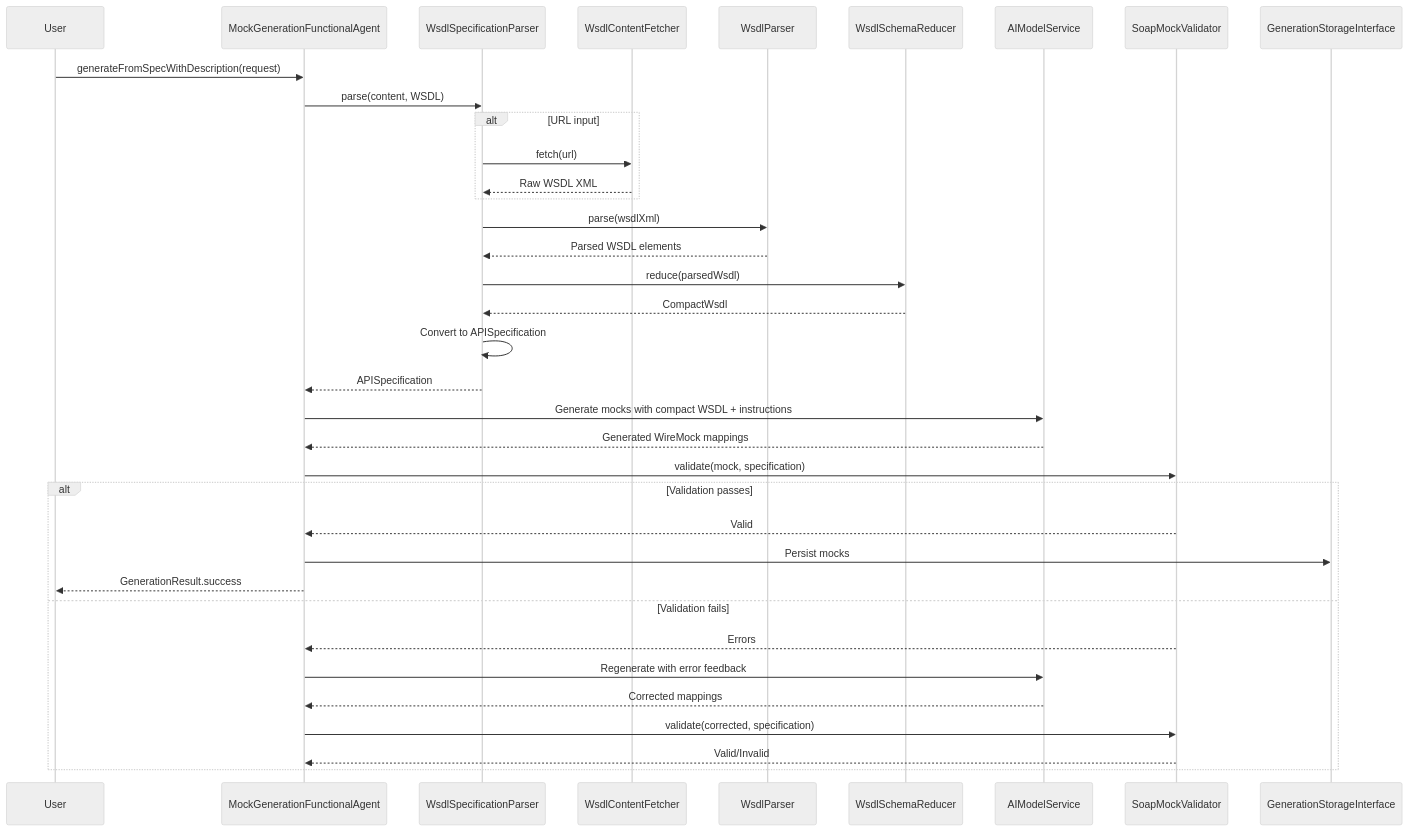
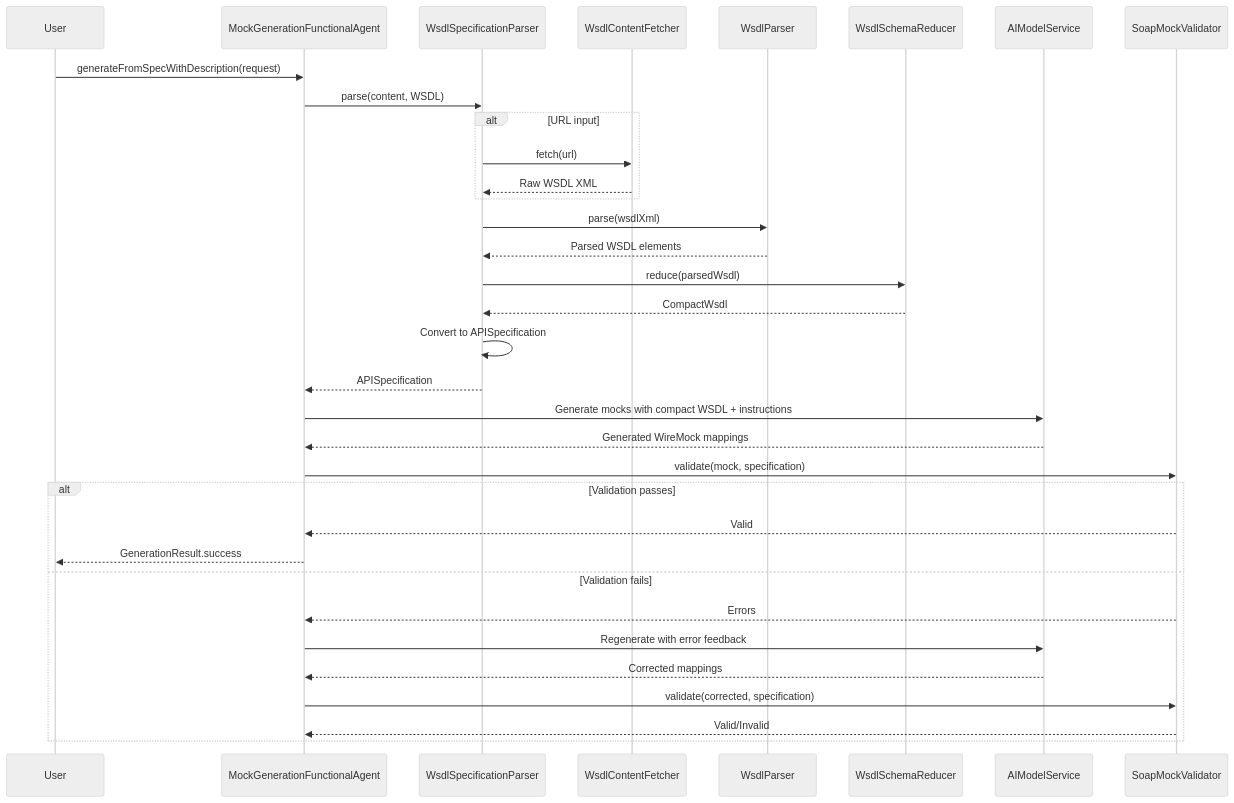
Before and after one commit to elenavanengelenmaslova/mocknest-serverless: the second of 2 diagrams in .kiro/specs/soap-wsdl-ai-generation/design.md, drawn with Mermaid (neutral theme). The commit also changed other lines of this file and 3 other files, not shown here.

````diff
--- a/.kiro/specs/soap-wsdl-ai-generation/design.md
+++ b/.kiro/specs/soap-wsdl-ai-generation/design.md
@@ -75,41 +77,39 @@
 ```mermaid
 sequenceDiagram
     participant User
     participant Agent as MockGenerationFunctionalAgent
     participant Parser as WsdlSpecificationParser
     participant Fetcher as WsdlContentFetcher
     participant WsdlParser as WsdlParser
     participant Reducer as WsdlSchemaReducer
     participant AI as AIModelService
     participant Validator as SoapMockValidator
-    participant Storage as GenerationStorageInterface
 
     User->>Agent: generateFromSpecWithDescription(request)
     Agent->>Parser: parse(content, WSDL)
     alt URL input
         Parser->>Fetcher: fetch(url)
         Fetcher-->>Parser: Raw WSDL XML
     end
     Parser->>WsdlParser: parse(wsdlXml)
     WsdlParser-->>Parser: Parsed WSDL elements
     Parser->>Reducer: reduce(parsedWsdl)
     Reducer-->>Parser: CompactWsdl
     Parser->>Parser: Convert to APISpecification
     Parser-->>Agent: APISpecification
 
     Agent->>AI: Generate mocks with compact WSDL + instructions
     AI-->>Agent: Generated WireMock mappings
 
     Agent->>Validator: validate(mock, specification)
     alt Validation passes
         Validator-->>Agent: Valid
-        Agent->>Storage: Persist mocks
         Agent-->>User: GenerationResult.success
     else Validation fails
         Validator-->>Agent: Errors
         Agent->>AI: Regenerate with error feedback
         AI-->>Agent: Corrected mappings
         Agent->>Validator: validate(corrected, specification)
         Validator-->>Agent: Valid/Invalid
     end
 ```
````
